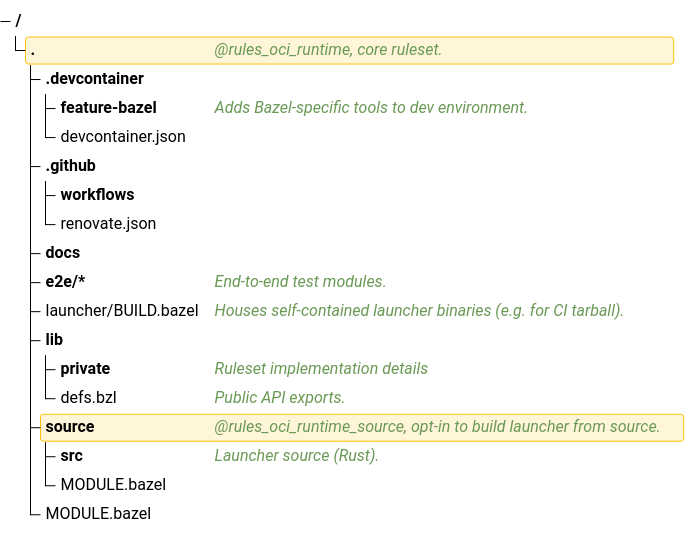
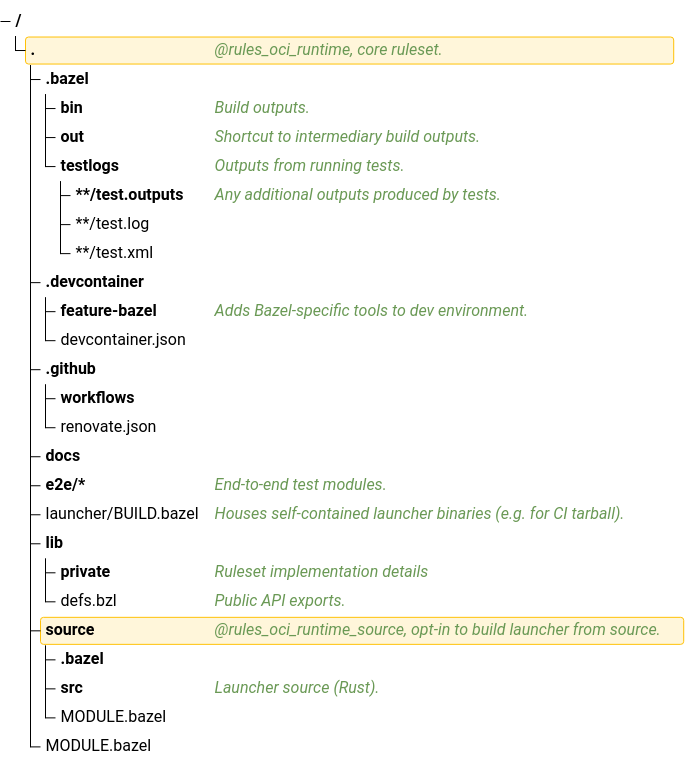
One commit to Silic0nS0ldier/rules-oci-runtime changed the diagram in AGENTS.md. Above: the diagram before and after it, drawn with Mermaid. The commit also changed other lines of this file, not shown here.

Commit message:
Address gaps in `AGENTS.md`

````diff
--- a/AGENTS.md
+++ b/AGENTS.md
@@ -9,20 +9,28 @@
 ```mermaid
 treeView-beta
 ./ :::highlight ## @rules_oci_runtime, core ruleset.
+├── .bazel/
+|   ├── bin/ ## Build outputs.
+|   ├── out/ ## Shortcut to intermediary build outputs.
+|   └── testlogs/ ## Outputs from running tests.
+|       ├── **/test.outputs/ ## Any additional outputs produced by tests.
+|       ├── **/test.log
+|       └── **/test.xml
 ├── .devcontainer/
 |   ├── feature-bazel/ ## Adds Bazel-specific tools to dev environment.
 |   └── devcontainer.json
 ├── .github/
 |   ├── workflows/
 |   └── renovate.json
 ├── docs/
 ├── e2e/*/ ## End-to-end test modules.
 ├── launcher/BUILD.bazel ## Houses self-contained launcher binaries (e.g. for CI tarball).
 ├── lib/
 |   ├── private/ ## Ruleset implementation details
 |   └── defs.bzl ## Public API exports.
 ├── source/ :::highlight ## @rules_oci_runtime_source, opt-in to build launcher from source.
+|   ├── .bazel/
 |   ├── src/ ## Launcher source (Rust).
 |   └── MODULE.bazel
 └── MODULE.bazel
 ```
````
